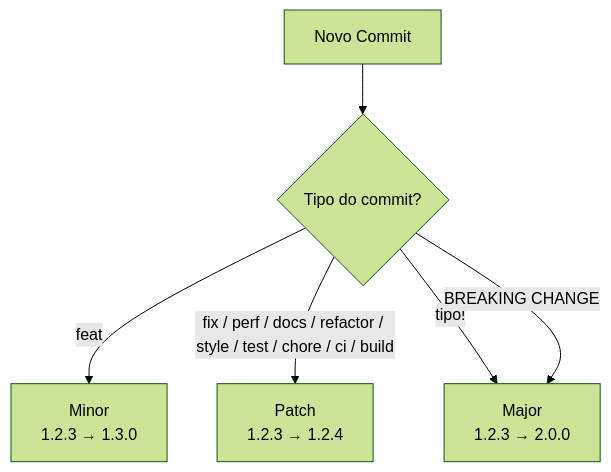
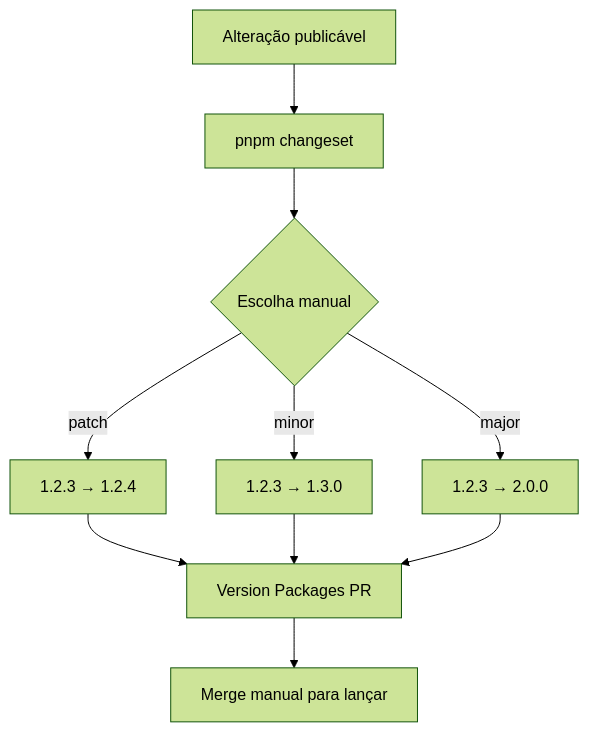
The diagram in docs/commit-convention.md (gabriel-vitebo/my-portfolio), drawn with Mermaid (forest theme) before and after one commit. The commit also changed other lines of this file and 12 other files, not shown here.

````diff
--- a/docs/commit-convention.md
+++ b/docs/commit-convention.md
@@ -50,13 +47,21 @@
 ```mermaid
 flowchart TD
 
-    A["Novo Commit"] --> B{"Tipo do commit?"}
+    A["Alteração publicável"] --> B["pnpm changeset"]
 
-    B -->|"feat"| C["Minor<br/>1.2.3 → 1.3.0"]
+    B --> C{"Escolha manual"}
 
-    B -->|"fix / perf / docs / refactor / style / test / chore / ci / build"| D["Patch<br/>1.2.3 → 1.2.4"]
+    C -->|"patch"| D["1.2.3 → 1.2.4"]
 
-    B -->|"tipo!"| E["Major<br/>1.2.3 → 2.0.0"]
+    C -->|"minor"| E["1.2.3 → 1.3.0"]
 
-    B -->|"BREAKING CHANGE"| E
+    C -->|"major"| F["1.2.3 → 2.0.0"]
+
+    D --> G["Version Packages PR"]
+
+    E --> G
+
+    F --> G
+
+    G --> H["Merge manual para lançar"]
 ```
````
